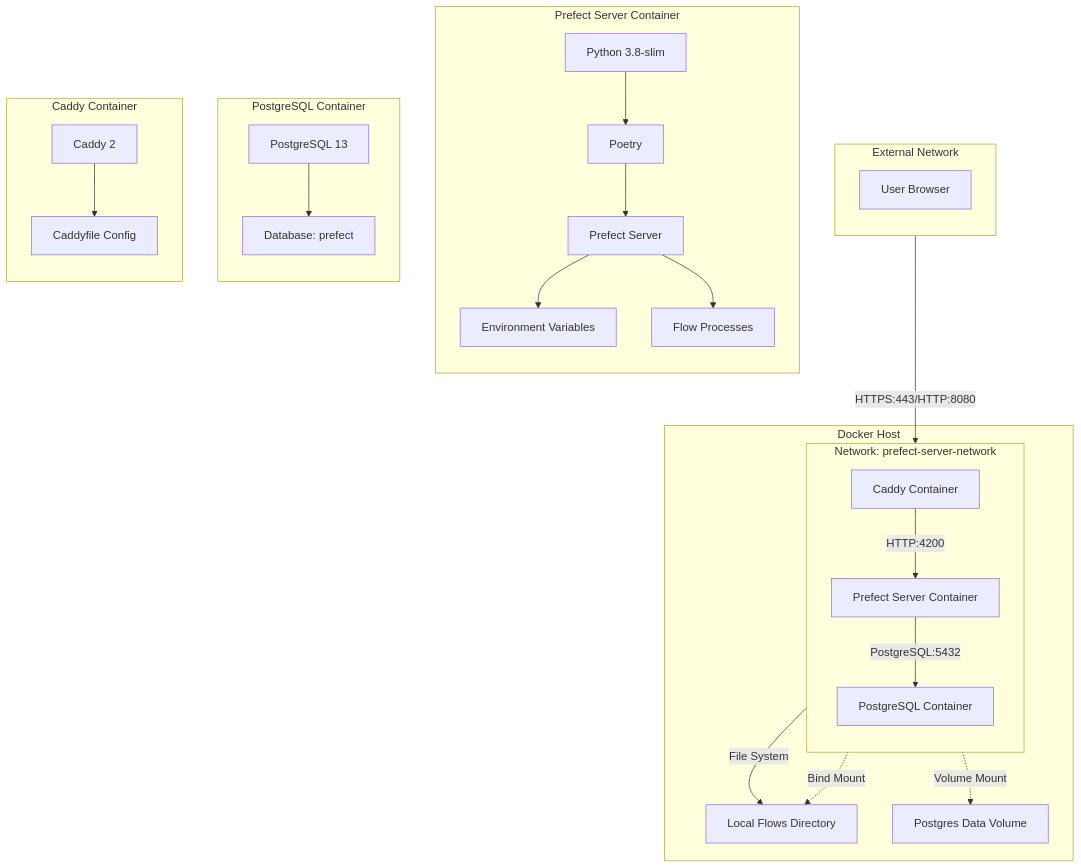
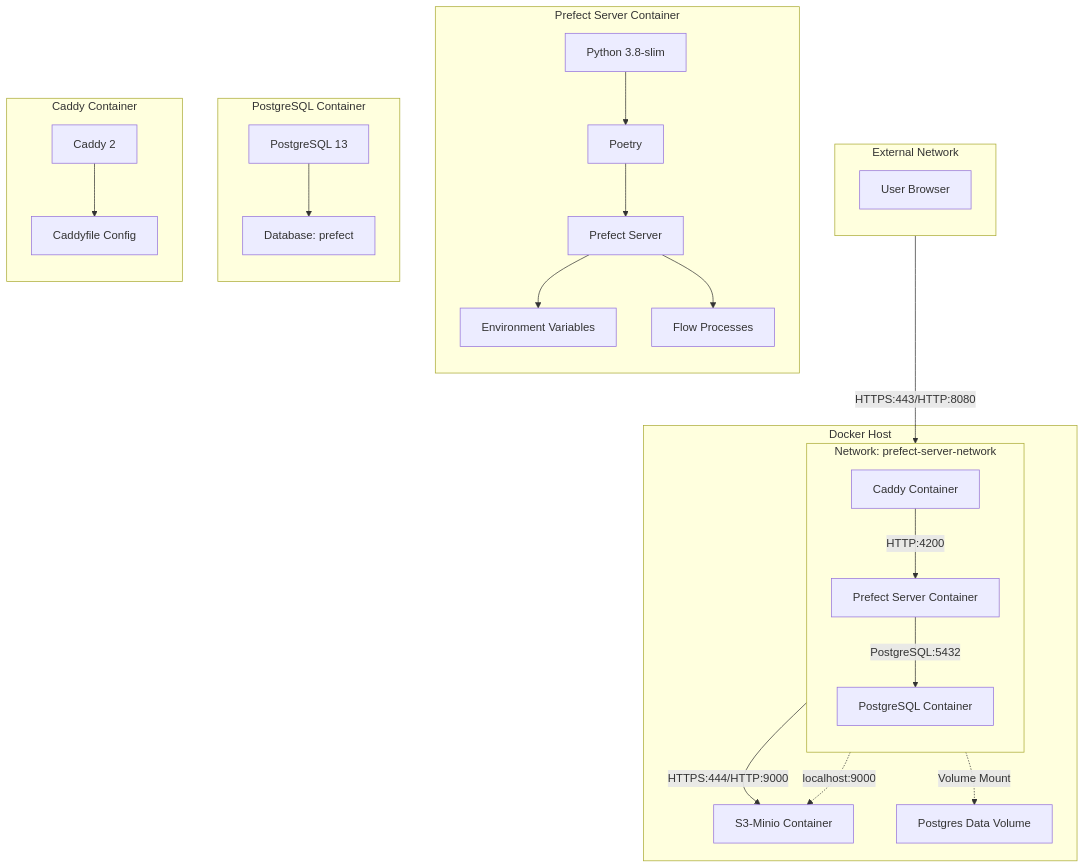
The first of 2 diagrams in services_prefect/readme_prefect_v1.md (lennardong/yoshi_optionstrading), drawn with Mermaid before and after one commit. The commit also changed other lines of this file and 82 other files, not shown here.

````diff
--- a/services_prefect/readme_prefect_v1.md
+++ b/services_prefect/readme_prefect_v1.md
@@ -3,53 +3,53 @@
 ```mermaid
 graph TD
     subgraph "Docker Host"
         subgraph "Network: prefect-server-network"
             direction TB
             A[Prefect Server Container]
             B[PostgreSQL Container]
             C[Caddy Container]
         end
-        E[Local Flows Directory]
+        E[S3-Minio Container]
         F[Postgres Data Volume]
     end
 
     subgraph "External Network"
         direction TB
         D[User Browser]
     end
 
     D -->|HTTPS:443/HTTP:8080| C
     C -->|HTTP:4200| A
     A -->|PostgreSQL:5432| B
-    C -->|File System| E
-    A -.->|Bind Mount| E
+    C -->|HTTPS:444/HTTP:9000| E
+    A -.->|localhost:9000| E
     B -.->|Volume Mount| F
 
     subgraph "Prefect Server Container"
         direction TB
         A1[Python 3.8-slim]
         A2[Poetry]
         A3[Prefect Server]
         A4[Environment Variables]
         A5[Flow Processes]
         A1 --> A2
         A2 --> A3
         A3 --> A4
         A3 --> A5
     end
 
     subgraph "PostgreSQL Container"
         direction TB
         B1[PostgreSQL 13]
         B2[Database: prefect]
         B1 --> B2
     end
 
     subgraph "Caddy Container"
         direction TB
         C1[Caddy 2]
         C2[Caddyfile Config]
         C1 --> C2
     end
 
 ```
````
